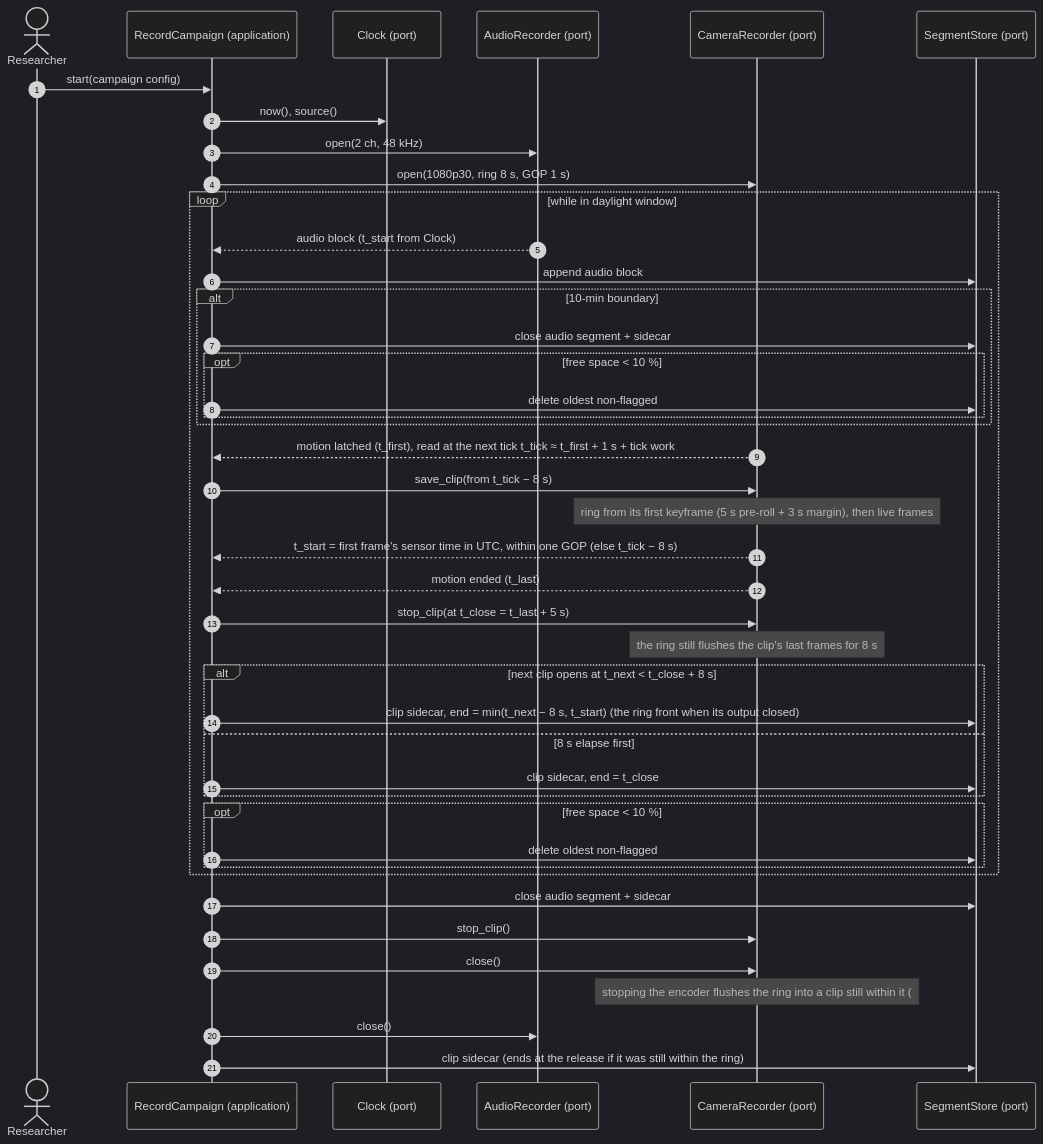
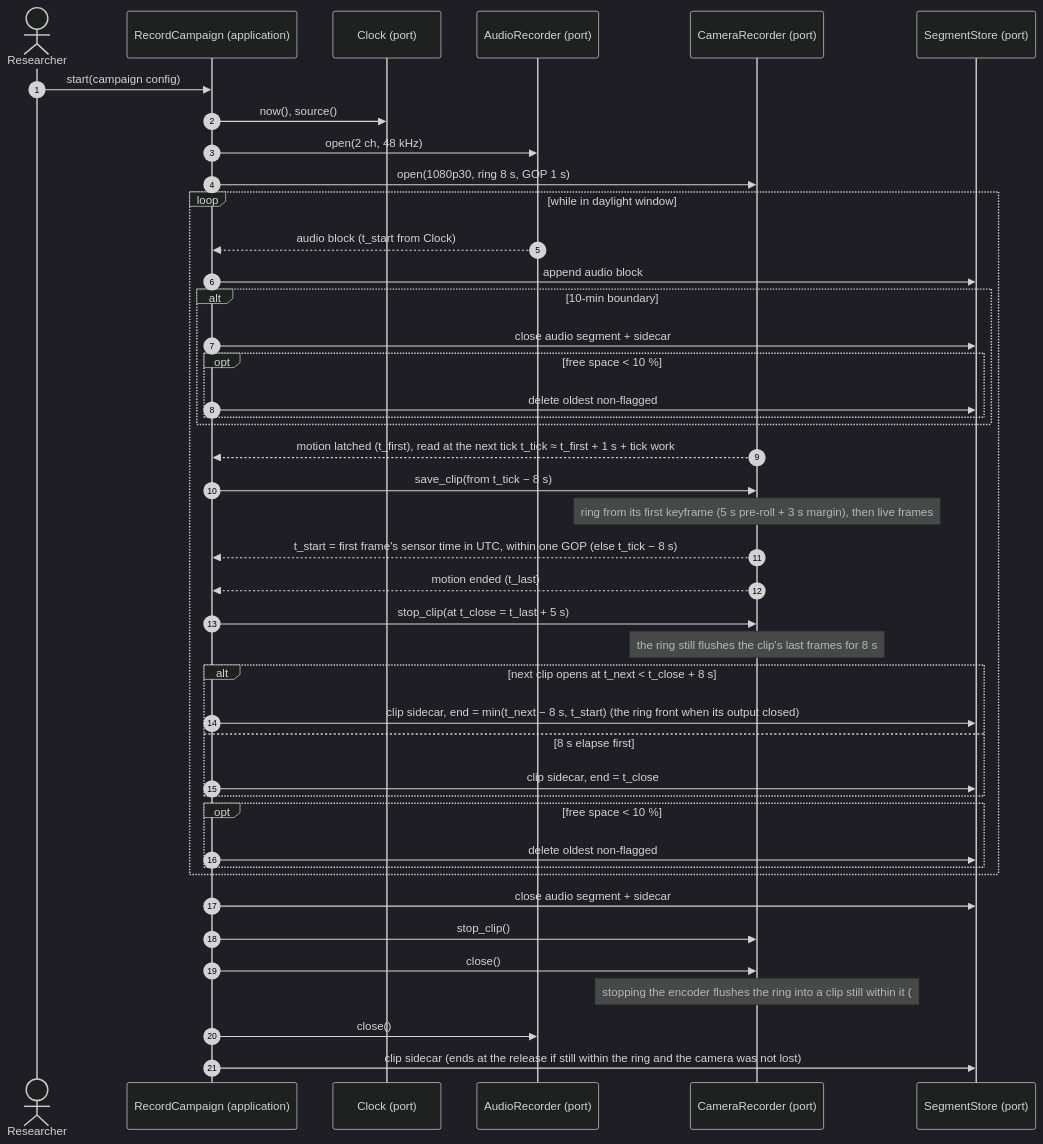
The diagram in docs/architecture/diagrams/capture-rig/02-sequence-recording.md (benoit-bremaud/aristech), drawn with Mermaid (dark theme) before and after one commit. The commit also changed 1 other file, not shown here.

Commit message:
docs(capture): qualify the release end in the sequence label and review report

````diff
--- a/docs/architecture/diagrams/capture-rig/02-sequence-recording.md
+++ b/docs/architecture/diagrams/capture-rig/02-sequence-recording.md
@@ -15,46 +15,46 @@
 ```mermaid
 sequenceDiagram
     autonumber
     actor R as Researcher
     participant UC as RecordCampaign (application)
     participant CK as Clock (port)
     participant AU as AudioRecorder (port)
     participant CA as CameraRecorder (port)
     participant ST as SegmentStore (port)
 
     R->>UC: start(campaign config)
     UC->>CK: now(), source()
     UC->>AU: open(2 ch, 48 kHz)
     UC->>CA: open(1080p30, ring 8 s, GOP 1 s)
     loop while in daylight window
         AU-->>UC: audio block (t_start from Clock)
         UC->>ST: append audio block
         alt 10-min boundary
             UC->>ST: close audio segment + sidecar
             opt free space < 10 %
                 UC->>ST: delete oldest non-flagged
             end
         end
         CA-->>UC: motion latched (t_first), read at the next tick t_tick ≈ t_first + 1 s + tick work
         UC->>CA: save_clip(from t_tick − 8 s)
         Note over CA: ring from its first keyframe (5 s pre-roll + 3 s margin), then live frames
         CA-->>UC: t_start = first frame's sensor time in UTC, within one GOP (else t_tick − 8 s)
         CA-->>UC: motion ended (t_last)
         UC->>CA: stop_clip(at t_close = t_last + 5 s)
         Note over CA: the ring still flushes the clip's last frames for 8 s
         alt next clip opens at t_next < t_close + 8 s
             UC->>ST: clip sidecar, end = min(t_next − 8 s, t_start) (the ring front when its output closed)
         else 8 s elapse first
             UC->>ST: clip sidecar, end = t_close
         end
         opt free space < 10 %
             UC->>ST: delete oldest non-flagged
         end
     end
     UC->>ST: close audio segment + sidecar
     UC->>CA: stop_clip()
     UC->>CA: close()
     Note over CA: stopping the encoder flushes the ring into a clip still within it (#180)
     UC->>AU: close()
-    UC->>ST: clip sidecar (ends at the release if it was still within the ring)
+    UC->>ST: clip sidecar (ends at the release if still within the ring and the camera was not lost)
 ```
````
